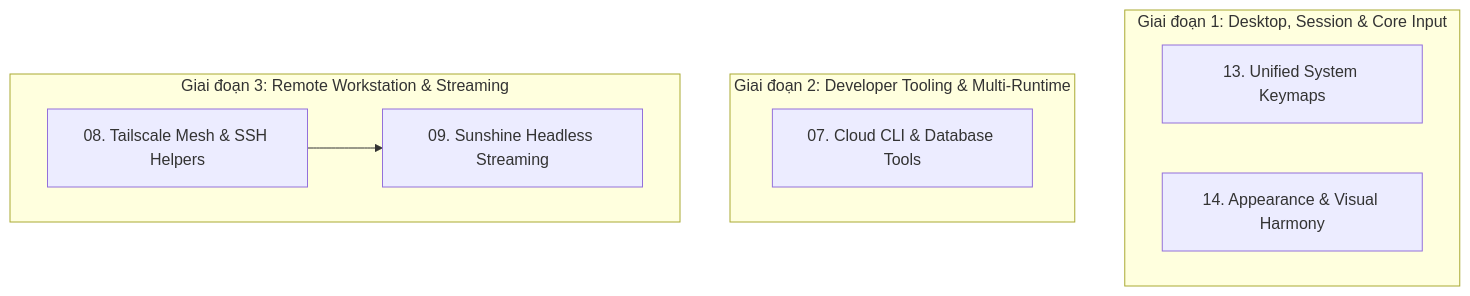
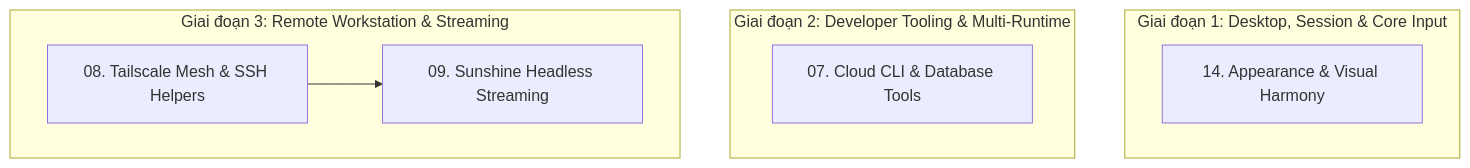
The diagram in plans/README.md (Aethries/dotfiles), drawn with Mermaid before and after one commit. The commit also changed other lines of this file and 16 other files, not shown here.

First line of the commit message:
feat(keymaps): implement unified keymap matrix, cheatsheet, and neovide polish

````diff
--- a/plans/README.md
+++ b/plans/README.md
@@ -9,16 +9,15 @@
 ```mermaid
 flowchart TD
     subgraph G1["Giai đoạn 1: Desktop, Session & Core Input"]
-        P13["13. Unified System Keymaps"]
         P14["14. Appearance & Visual Harmony"]
     end
 
     subgraph G2["Giai đoạn 2: Developer Tooling & Multi-Runtime"]
         P07["07. Cloud CLI & Database Tools"]
     end
 
     subgraph G3["Giai đoạn 3: Remote Workstation & Streaming"]
         P08["08. Tailscale Mesh & SSH Helpers"]
         P08 --> P09["09. Sunshine Headless Streaming"]
     end
 ```
````
